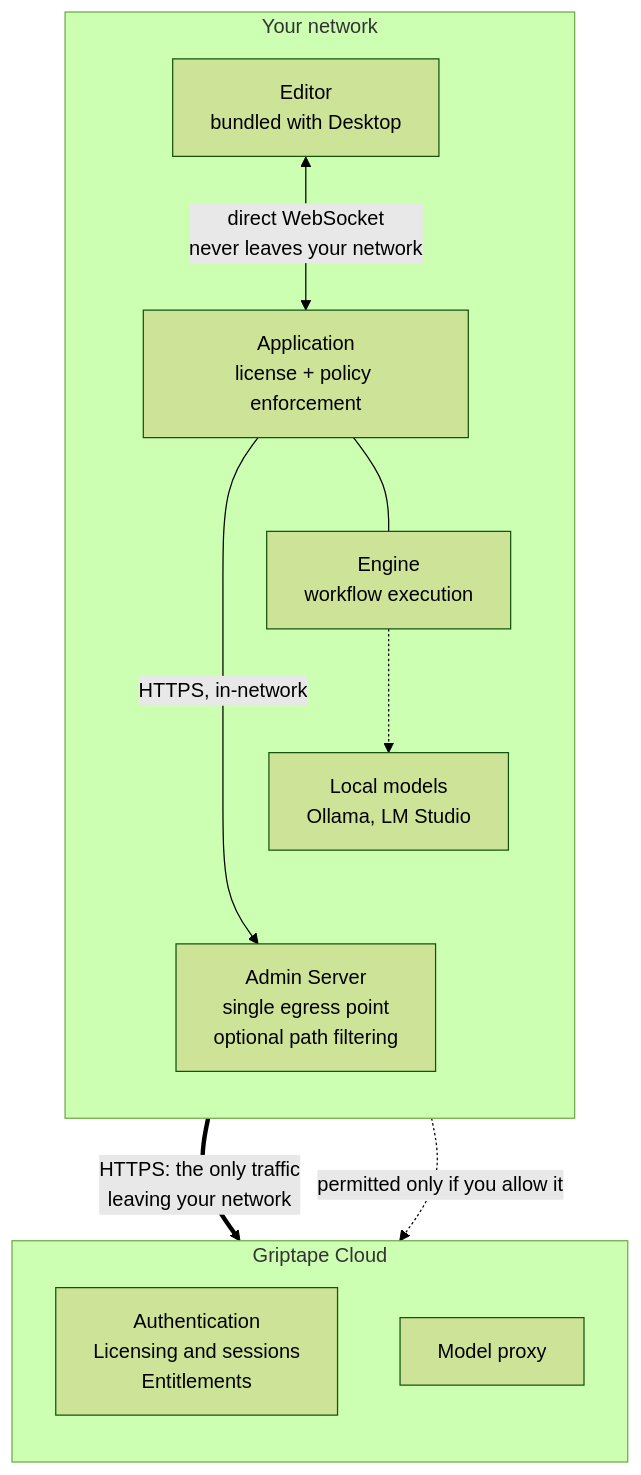
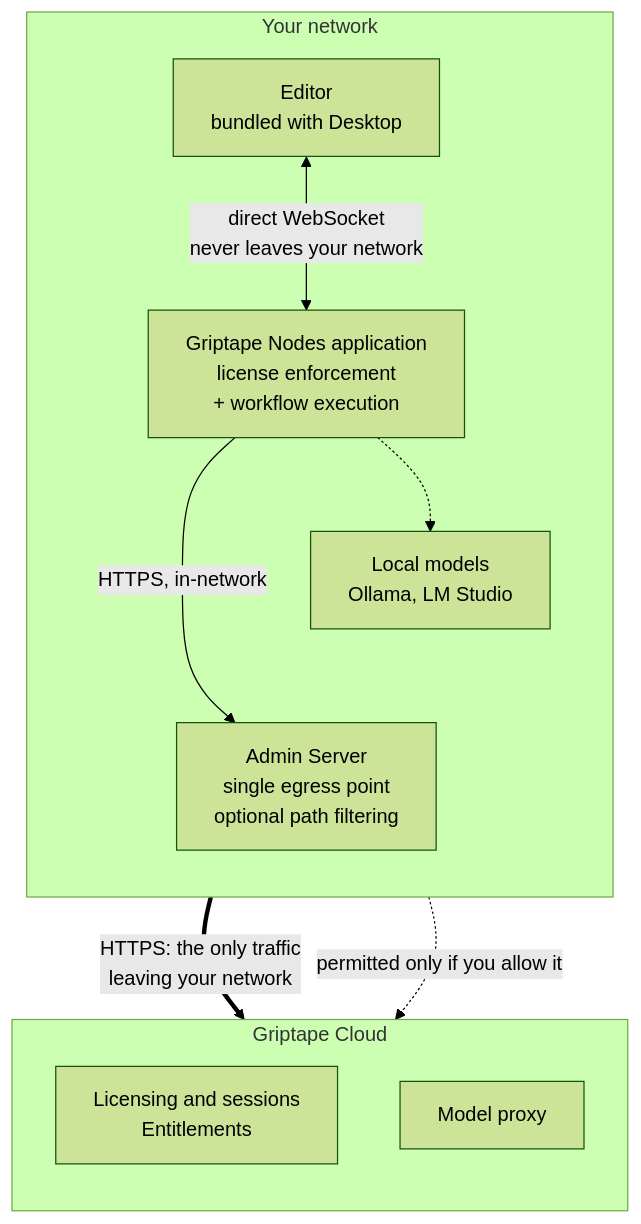
The second of 2 diagrams in docs/architecture.md (griptape-ai/griptape-nodes-engine), drawn with Mermaid (forest theme) before and after one commit. The commit also changed other lines of this file, not shown here.

First line of the commit message:
docs: frame architecture page around license auth

````diff
--- a/docs/architecture.md
+++ b/docs/architecture.md
@@ -106,27 +108,25 @@
 ```mermaid
 flowchart TB
     subgraph network["Your network"]
         direction TB
         editor["Editor<br/>bundled with Desktop"]
-        app["Application<br/>license + policy enforcement"]
-        engine["Engine<br/>workflow execution"]
+        app["Griptape Nodes application<br/>license enforcement<br/>+ workflow execution"]
         local["Local models<br/>Ollama, LM Studio"]
         admin["Admin Server<br/>single egress point<br/>optional path filtering"]
         editor <-->|"direct WebSocket<br/>never leaves your network"| app
-        app --- engine
-        engine -.-> local
+        app -.-> local
         app -->|"HTTPS, in-network"| admin
         %% Invisible link: keeps the Admin Server on its own rank below the
         %% local models, so the egress edge does not pass behind them.
         local ~~~ admin
     end
 
     subgraph cloud["Griptape Cloud"]
         direction TB
-        control["Authentication<br/>Licensing and sessions<br/>Entitlements"]
+        control["Licensing and sessions<br/>Entitlements"]
         modelproxy["Model proxy"]
     end
 
     admin ==>|"HTTPS: the only traffic<br/>leaving your network"| control
     admin -.->|"permitted only if you allow it"| modelproxy
 ```
````
